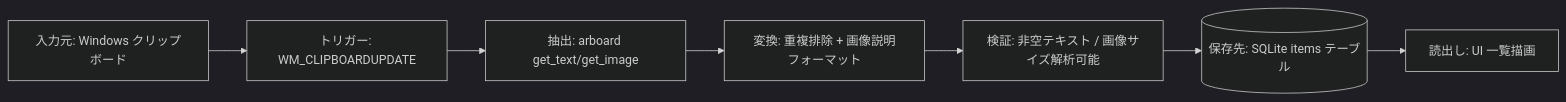
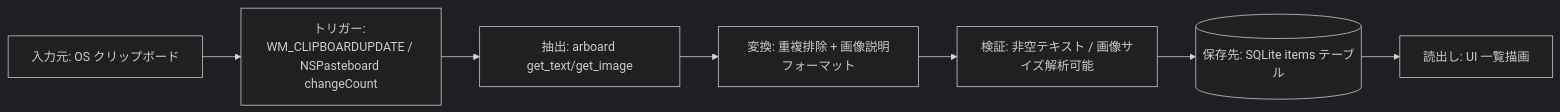
Before and after one commit to puuuii/Jubako: the first of 2 diagrams in docs/architecture/03_domain_and_data/data-pipeline.md, drawn with Mermaid (dark theme). The commit also changed other lines of this file and 25 other files, not shown here.

````diff
--- a/docs/architecture/03_domain_and_data/data-pipeline.md
+++ b/docs/architecture/03_domain_and_data/data-pipeline.md
@@ -10,12 +10,12 @@
 ```mermaid
 flowchart LR
-    Source[入力元: Windows クリップボード]
-    Trigger[トリガー: WM_CLIPBOARDUPDATE]
+    Source[入力元: OS クリップボード]
+    Trigger[トリガー: WM_CLIPBOARDUPDATE / NSPasteboard changeCount]
     Extract[抽出: arboard get_text/get_image]
     Transform[変換: 重複排除 + 画像説明フォーマット]
     Validate[検証: 非空テキスト / 画像サイズ解析可能]
     Sink[(保存先: SQLite items テーブル)]
     Readback[読出し: UI 一覧描画]
 
     Source --> Trigger --> Extract --> Transform --> Validate --> Sink --> Readback
 ```
````
